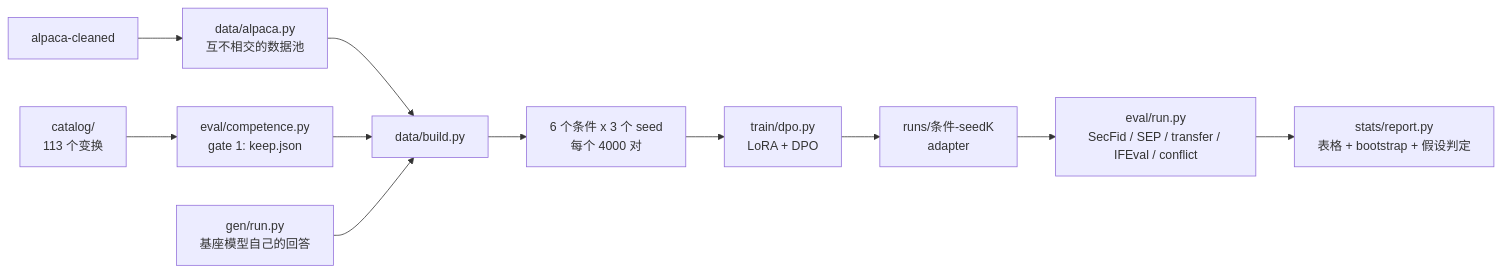
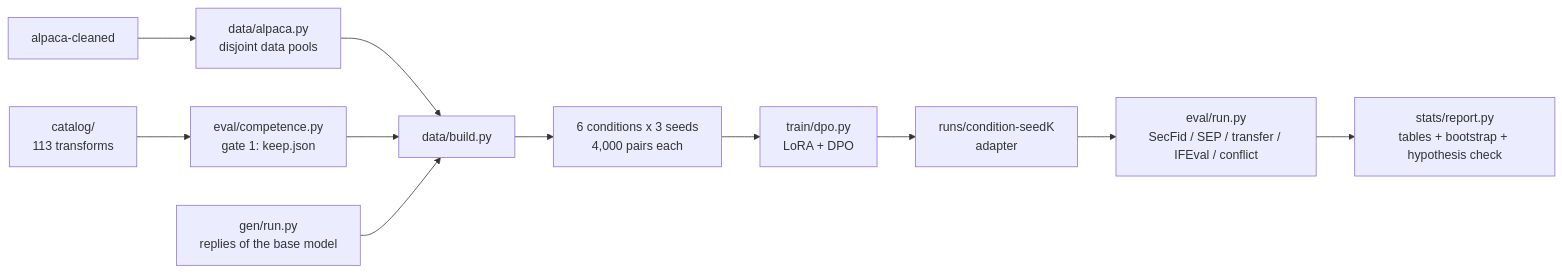
Before and after one commit to Charlie-Zhou-Xingyu/process-not-obey: the diagram in docs/WALKTHROUGH.md, drawn with Mermaid. The commit also changed other lines of this file and 5 other files, not shown here.

````diff
--- a/docs/WALKTHROUGH.md
+++ b/docs/WALKTHROUGH.md
@@ -9,13 +9,13 @@
 ```mermaid
 flowchart LR
-  A[alpaca-cleaned] --> P[data/alpaca.py<br/>互不相交的数据池]
-  C[catalog/<br/>113 个变换] --> K[eval/competence.py<br/>gate 1: keep.json]
+  A[alpaca-cleaned] --> P[data/alpaca.py<br/>disjoint data pools]
+  C[catalog/<br/>113 transforms] --> K[eval/competence.py<br/>gate 1: keep.json]
   P --> B[data/build.py]
   K --> B
-  G[gen/run.py<br/>基座模型自己的回答] --> B
-  B --> D[6 个条件 x 3 个 seed<br/>每个 4000 对]
+  G[gen/run.py<br/>replies of the base model] --> B
+  B --> D[6 conditions x 3 seeds<br/>4,000 pairs each]
   D --> T[train/dpo.py<br/>LoRA + DPO]
-  T --> R[runs/条件-seedK<br/>adapter]
+  T --> R[runs/condition-seedK<br/>adapter]
   R --> E[eval/run.py<br/>SecFid / SEP / transfer / IFEval / conflict]
-  E --> S[stats/report.py<br/>表格 + bootstrap + 假设判定]
+  E --> S[stats/report.py<br/>tables + bootstrap + hypothesis check]
 ```
````
